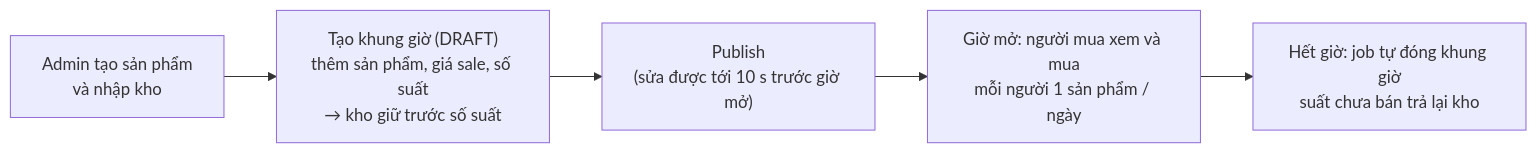
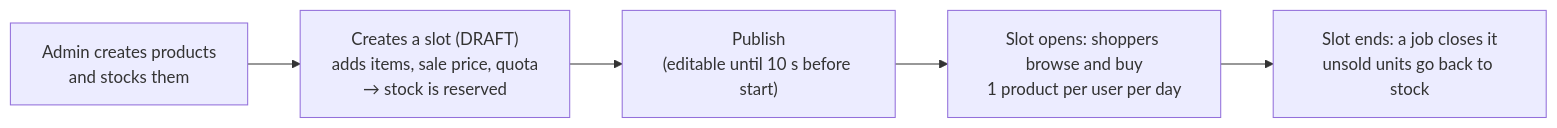
Before and after one commit to lebronjamesbe01-dev/flashsale-service: the fourth of 4 diagrams in README.md, drawn with Mermaid. The commit also changed other lines of this file, not shown here.

````diff
--- a/README.md
+++ b/README.md
@@ -84,7 +84,7 @@
 ```mermaid
 flowchart LR
-    P1["Admin tạo sản phẩm<br/>và nhập kho"] --> P2["Tạo khung giờ (DRAFT)<br/>thêm sản phẩm, giá sale, số suất<br/>→ kho giữ trước số suất"]
-    P2 --> P3["Publish<br/>(sửa được tới 10 s trước giờ mở)"]
-    P3 --> P4["Giờ mở: người mua xem và mua<br/>mỗi người 1 sản phẩm / ngày"]
-    P4 --> P5["Hết giờ: job tự đóng khung giờ<br/>suất chưa bán trả lại kho"]
+    P1["Admin creates products<br/>and stocks them"] --> P2["Creates a slot (DRAFT)<br/>adds items, sale price, quota<br/>→ stock is reserved"]
+    P2 --> P3["Publish<br/>(editable until 10 s before start)"]
+    P3 --> P4["Slot opens: shoppers browse and buy<br/>1 product per user per day"]
+    P4 --> P5["Slot ends: a job closes it<br/>unsold units go back to stock"]
 ```
````
